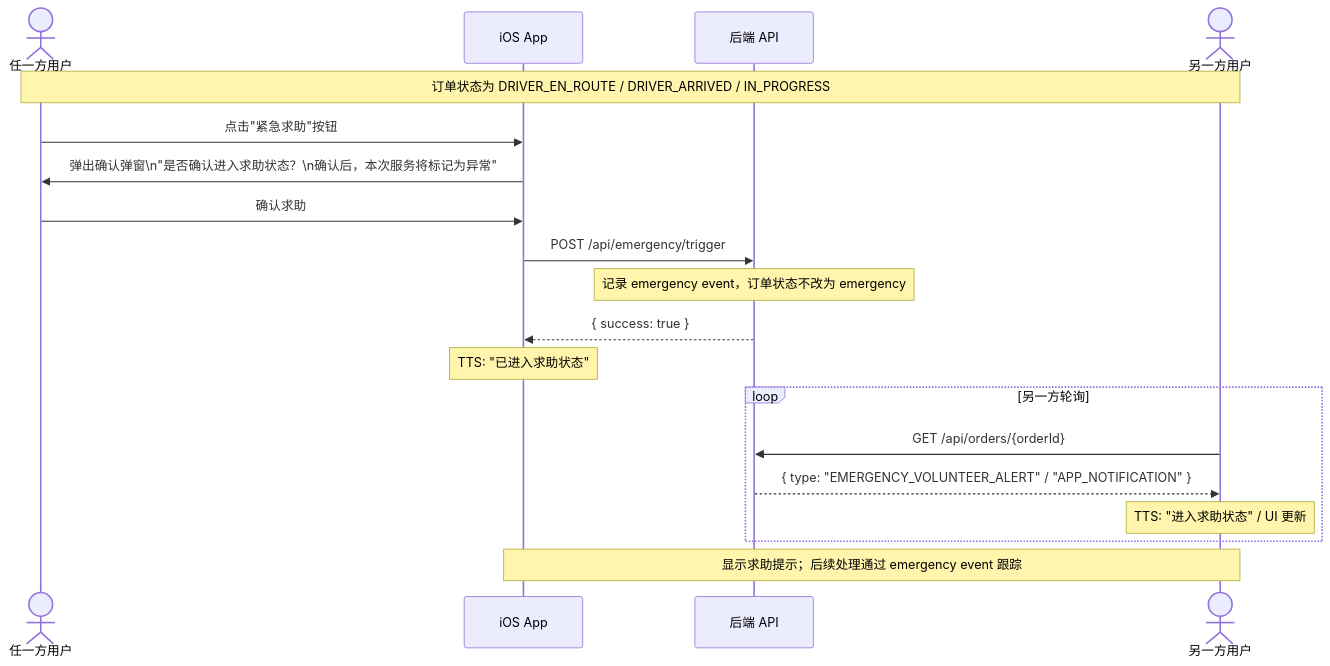
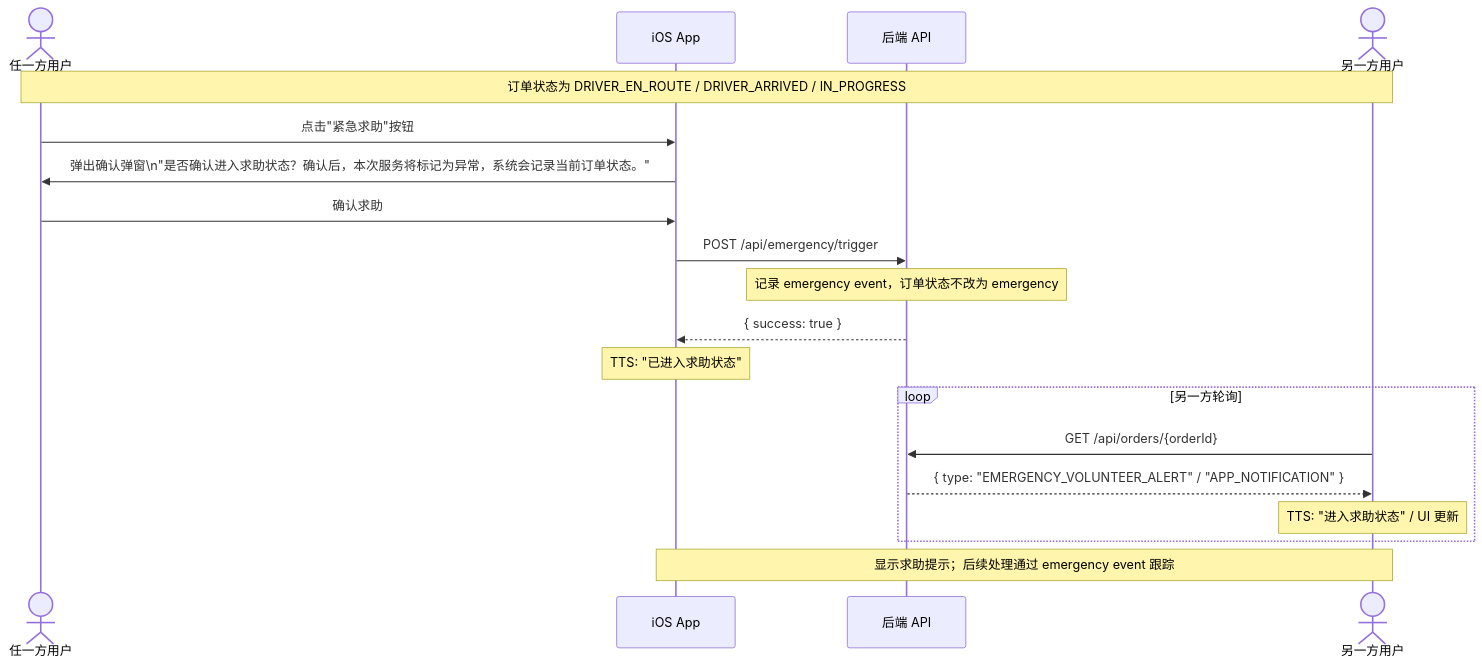
Before and after one commit to Jayden23018/blind-run-ios: the fifth of 7 diagrams in docs/04-user-flows-and-state-machine.md, drawn with Mermaid. The commit also changed other lines of this file and 256 other files, not shown here.

````diff
--- a/docs/04-user-flows-and-state-machine.md
+++ b/docs/04-user-flows-and-state-machine.md
@@ -236,26 +236,26 @@
 ```mermaid
 sequenceDiagram
     actor User as 任一方用户
     participant App as iOS App
     participant API as 后端 API
     actor Other as 另一方用户
 
     Note over User,Other: 订单状态为 DRIVER_EN_ROUTE / DRIVER_ARRIVED / IN_PROGRESS
 
     User->>App: 点击"紧急求助"按钮
-    App->>User: 弹出确认弹窗\n"是否确认进入求助状态？\n确认后，本次服务将标记为异常"
+    App->>User: 弹出确认弹窗\n"是否确认进入求助状态？确认后，本次服务将标记为异常，系统会记录当前订单状态。"
     User->>App: 确认求助
     App->>API: POST /api/emergency/trigger
     Note over API: 记录 emergency event，订单状态不改为 emergency
     API-->>App: { success: true }
 
     Note over App: TTS: "已进入求助状态"
 
     loop 另一方轮询
         Other->>API: GET /api/orders/{orderId}
         API-->>Other: { type: "EMERGENCY_VOLUNTEER_ALERT" / "APP_NOTIFICATION" }
         Note over Other: TTS: "进入求助状态" / UI 更新
     end
 
     Note over App,Other: 显示求助提示；后续处理通过 emergency event 跟踪
 ```
````
